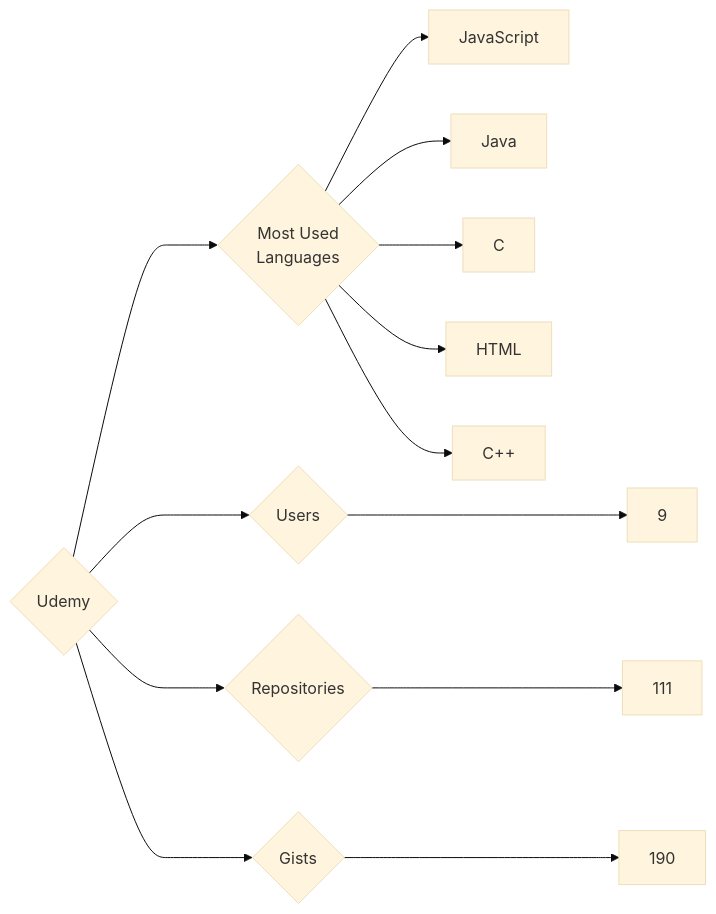
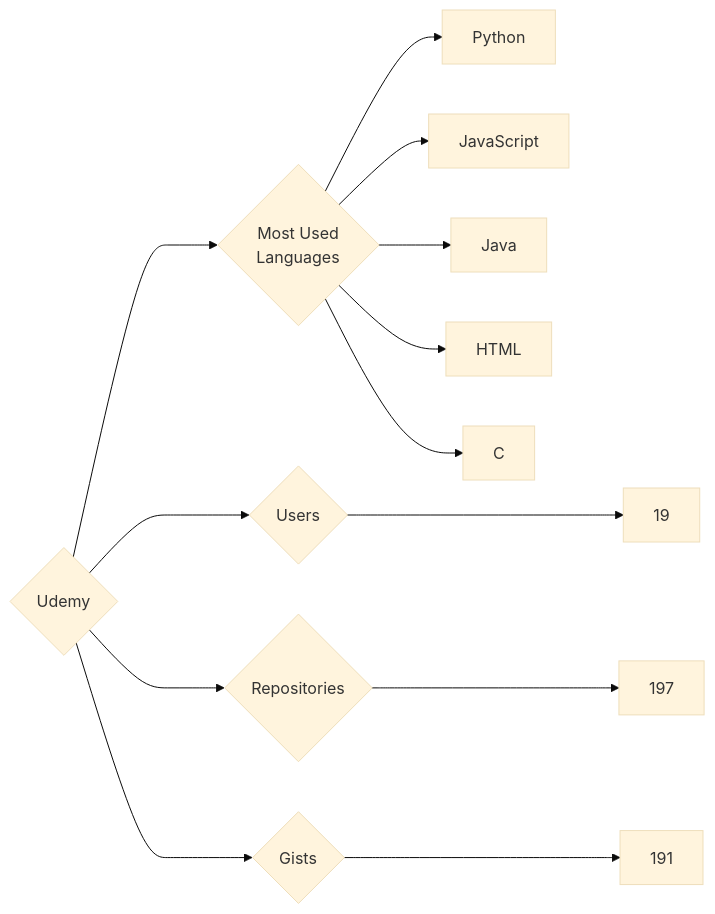
The diagram in targets/Udemy/README.md (trickest/insiders), drawn with Mermaid (base theme) before and after one commit. The commit also changed 799 other files, not shown here.

````diff
--- a/targets/Udemy/README.md
+++ b/targets/Udemy/README.md
@@ -3,13 +3,13 @@
 ```mermaid
 graph LR
 COMPANY_NAME{Udemy}
-COMPANY_NAME ---> U{Users} ---> UN[9]
-COMPANY_NAME ---> R{Repositories} ---> RN[111]
-COMPANY_NAME ---> G{Gists} ---> GN[190]
+COMPANY_NAME ---> U{Users} ---> UN[19]
+COMPANY_NAME ---> R{Repositories} ---> RN[197]
+COMPANY_NAME ---> G{Gists} ---> GN[191]
 COMPANY_NAME ---> ML{Most Used<br>Languages}
+ML --> Python[Python]
 ML --> JavaScript[JavaScript]
 ML --> Java[Java]
+ML --> HTML[HTML]
 ML --> C[C]
-ML --> HTML[HTML]
-ML --> C++[C++]
 ```
````
